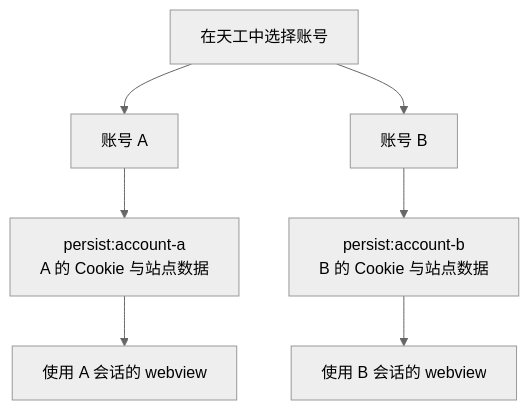
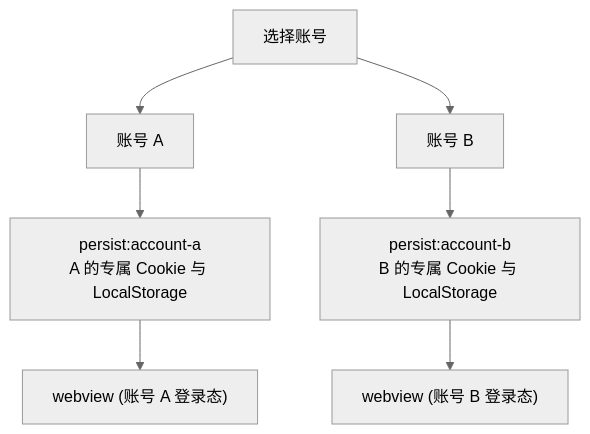
One commit to yyxTheOracle/MyBlog changed the second of 13 diagrams in source/_posts/2025-09-14-electron-tiangong.md. Above: the diagram before and after it, drawn with Mermaid (neutral theme). The commit also changed other lines of this file, not shown here.

````diff
--- a/source/_posts/2025-09-14-electron-tiangong.md
+++ b/source/_posts/2025-09-14-electron-tiangong.md
@@ -121,9 +81,9 @@
 ```mermaid
 flowchart TB
-    S["在天工中选择账号"] --> A["账号 A"]
+    S["选择账号"] --> A["账号 A"]
     S --> B["账号 B"]
-    A --> PA["persist:account-a<br/>A 的 Cookie 与站点数据"]
-    B --> PB["persist:account-b<br/>B 的 Cookie 与站点数据"]
-    PA --> VA["使用 A 会话的 webview"]
-    PB --> VB["使用 B 会话的 webview"]
+    A --> PA["persist:account-a<br/>A 的专属 Cookie 与 LocalStorage"]
+    B --> PB["persist:account-b<br/>B 的专属 Cookie 与 LocalStorage"]
+    PA --> VA["webview (账号 A 登录态)"]
+    PB --> VB["webview (账号 B 登录态)"]
 ```
````
